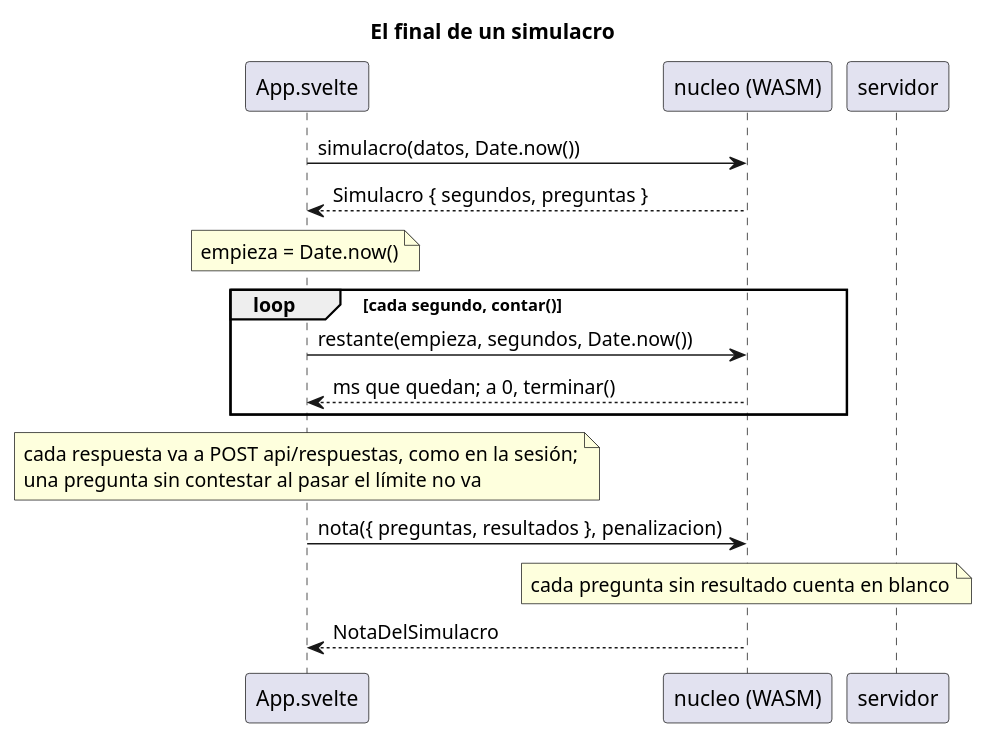
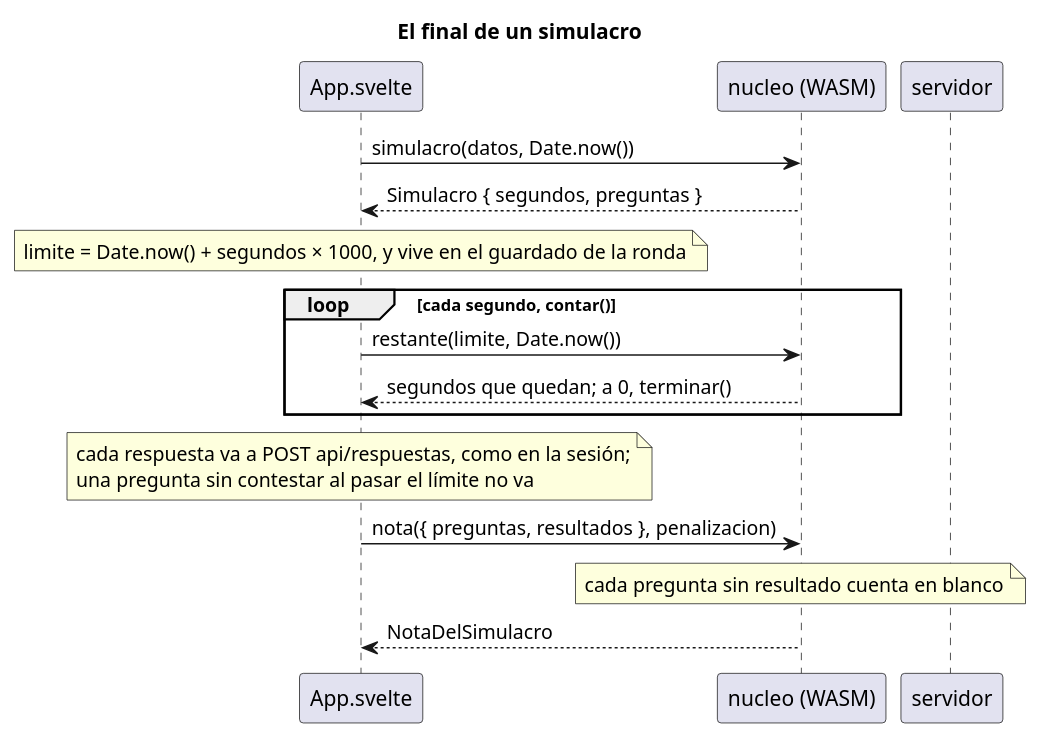
The fourth of 4 diagrams in docs/el-diagrama.puml (jfdg01/examenes), drawn with PlantUML before and after one commit. The commit also changed other lines of this file, not shown here.

First line of the commit message:
docs: el diagrama lleva la ronda a medias

```diff
--- a/docs/el-diagrama.puml
+++ b/docs/el-diagrama.puml
@@ -282,20 +315,20 @@
 @startuml el-final-de-un-simulacro
 skinparam shadowing false
 title El final de un simulacro
 
 participant "App.svelte" as App
 participant "nucleo (WASM)" as N
 participant servidor as S
 
 App -> N : simulacro(datos, Date.now())
 N --> App : Simulacro { segundos, preguntas }
-note over App : empieza = Date.now()
+note over App : limite = Date.now() + segundos × 1000, y vive en el guardado de la ronda
 loop cada segundo, contar()
-  App -> N : restante(empieza, segundos, Date.now())
-  N --> App : ms que quedan; a 0, terminar()
+  App -> N : restante(limite, Date.now())
+  N --> App : segundos que quedan; a 0, terminar()
 end
 note over App : cada respuesta va a POST api/respuestas, como en la sesión;\nuna pregunta sin contestar al pasar el límite no va
 App -> N : nota({ preguntas, resultados }, penalizacion)
 note over N : cada pregunta sin resultado cuenta en blanco
 N --> App : NotaDelSimulacro
 @enduml
```
